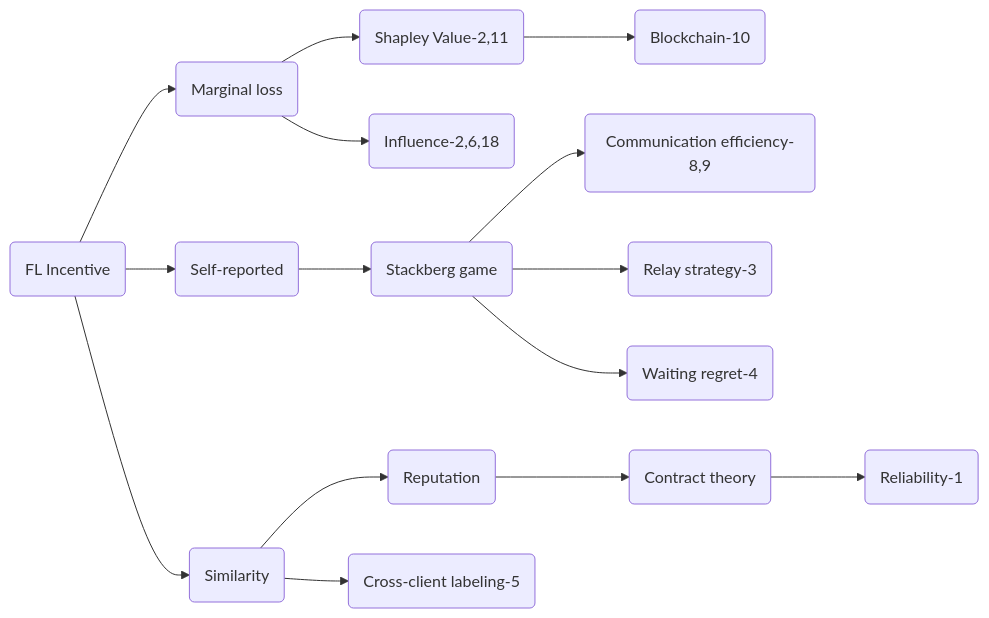
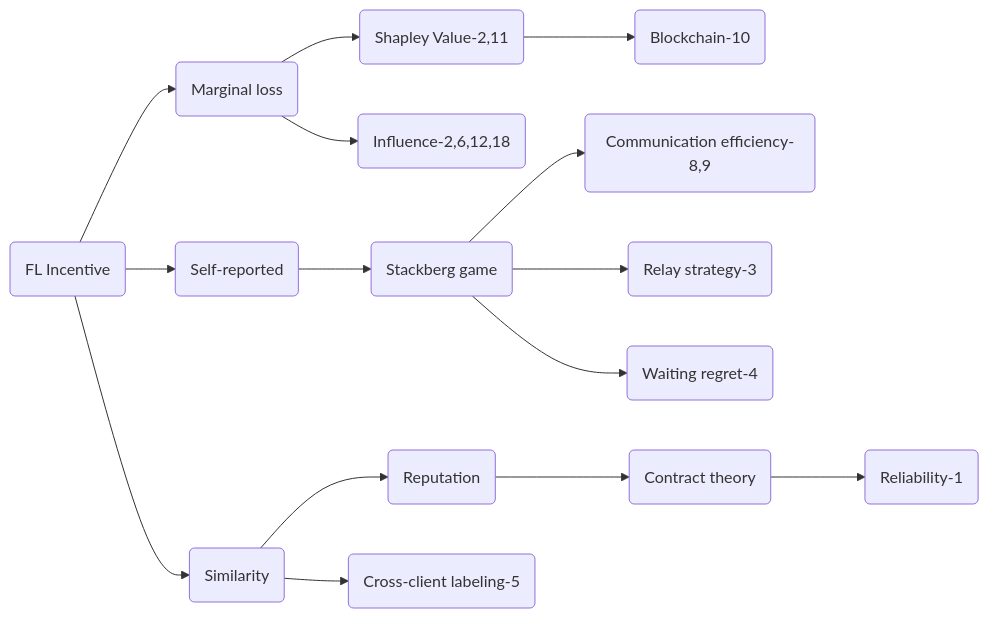
One commit to GillHuang-Xtler/flPapers changed the diagram in incentive.md. Above: the diagram before and after it, drawn with Mermaid. The commit also changed other lines of this file and 3 other files, not shown here.

````diff
--- a/incentive.md
+++ b/incentive.md
@@ -112,17 +112,17 @@
 ```mermaid
 graph LR
 A(FL Incentive)-->B1(Self-reported)
 A-->B2(Marginal loss)
 A-->B3(Similarity)
 B1-->C1(Stackberg game)
-B2-->D1(Influence-2,6,18)
+B2-->D1(Influence-2,6,12,18)
 B2-->D2(Shapley Value-2,11)
 D2-->E1(Blockchain-10)
 B3-->F1(Reputation)
 B3-->F2(Cross-client labeling-5)
 C1-->G1(Communication efficiency-8,9)
 C1-->G2(Relay strategy-3)
 C1-->G3(Waiting regret-4)
 F1-->H1(Contract theory)
 H1-->I2(Reliability-1)
 ```
````
